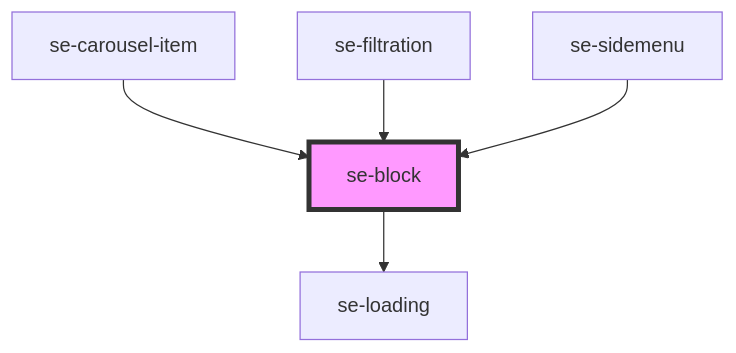
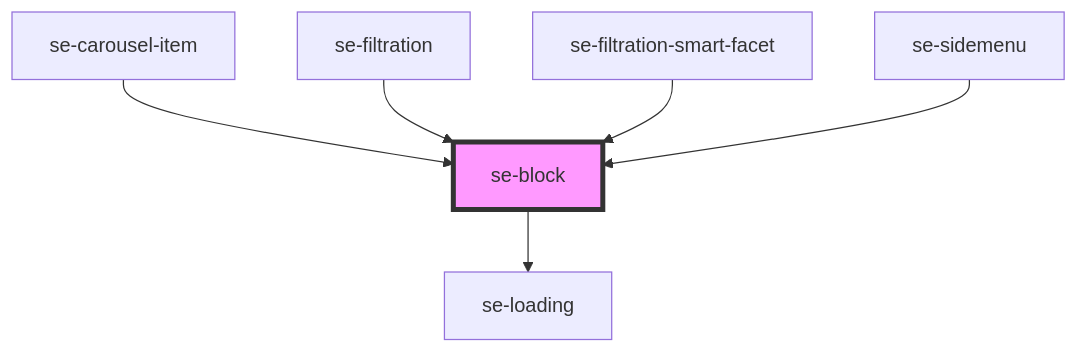
The diagram in libs/core/src/components/block/readme.md (robbiemcmullense/se-web-ui), drawn with Mermaid before and after one commit. The commit also changed other lines of this file and 87 other files, not shown here.

First line of the commit message:
Filtration smart (#486)

````diff
--- a/libs/core/src/components/block/readme.md
+++ b/libs/core/src/components/block/readme.md
@@ -39,8 +40,9 @@
 ```mermaid
 graph TD;
   se-block --> se-loading
   se-carousel-item --> se-block
   se-filtration --> se-block
+  se-filtration-smart-facet --> se-block
   se-sidemenu --> se-block
   style se-block fill:#f9f,stroke:#333,stroke-width:4px
 ```
````
